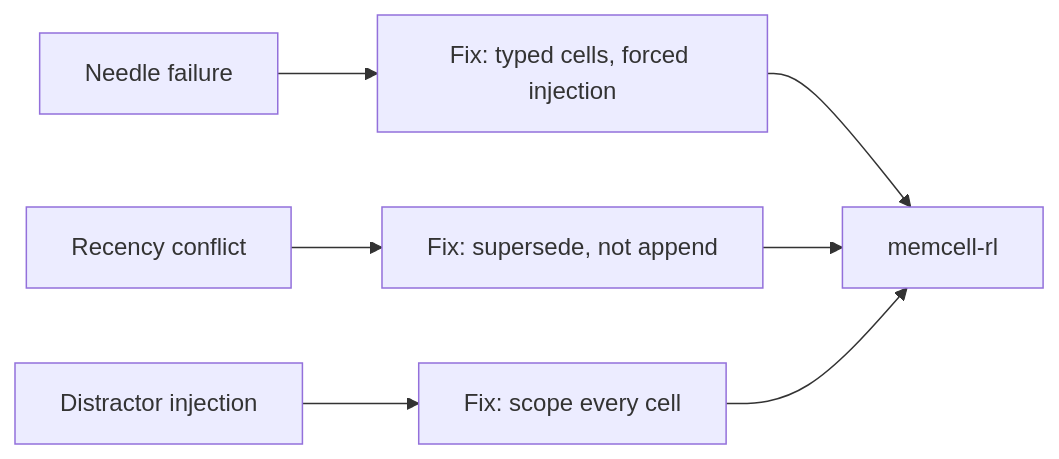
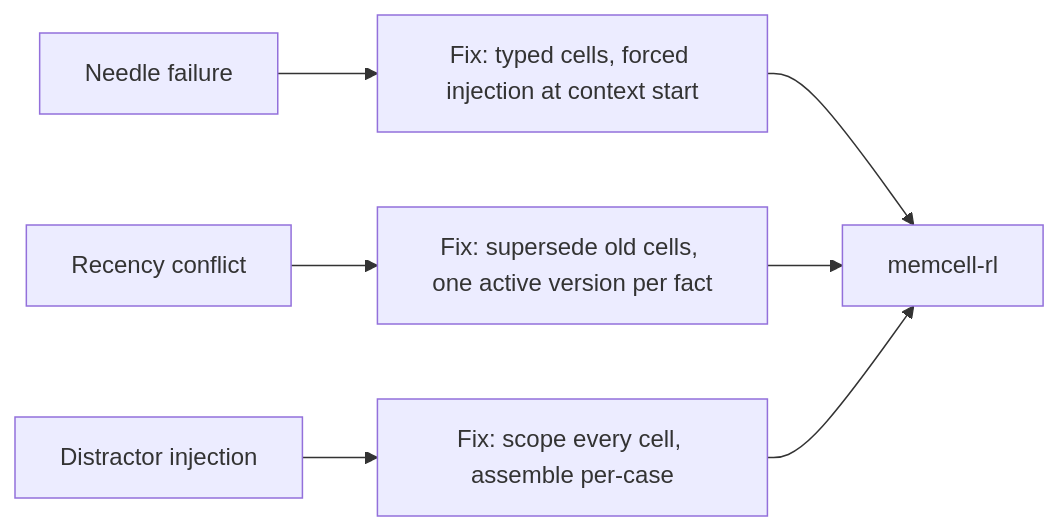
The diagram in src/book2/16-long-context.md (adu3110/building-agentic-systems), drawn with Mermaid before and after one commit. The commit also changed other lines of this file and 29 other files, not shown here.

````diff
--- a/src/book2/16-long-context.md
+++ b/src/book2/16-long-context.md
@@ -126,9 +138,9 @@
 ```mermaid
 flowchart LR
-  N[Needle failure] --> F1[Fix: typed cells, forced injection]
-  R[Recency conflict] --> F2[Fix: supersede, not append]
-  D[Distractor injection] --> F3[Fix: scope every cell]
+  N[Needle failure] --> F1[Fix: typed cells, forced injection at context start]
+  R[Recency conflict] --> F2[Fix: supersede old cells, one active version per fact]
+  D[Distractor injection] --> F3[Fix: scope every cell, assemble per-case]
   F1 --> M[memcell-rl]
   F2 --> M
   F3 --> M
 ```
````
